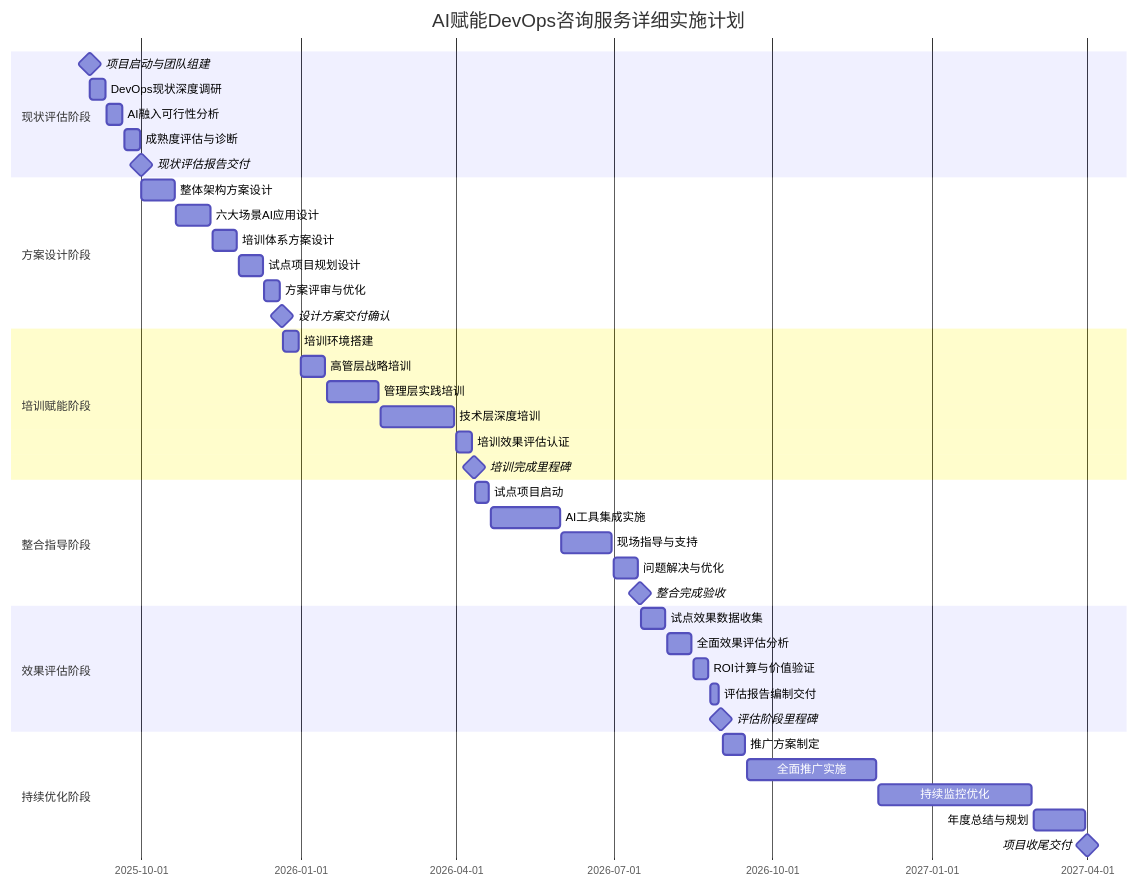
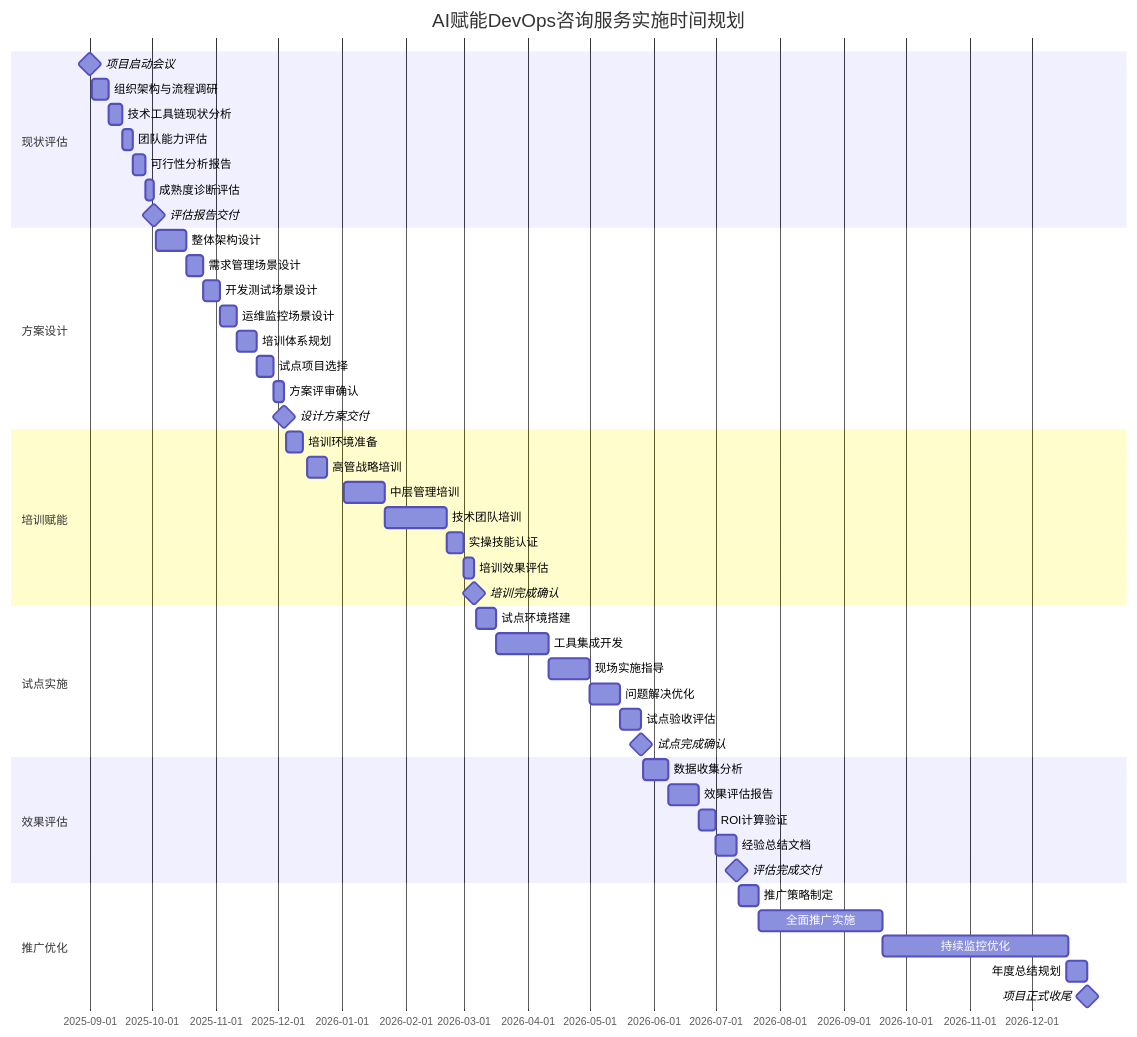
Before and after one commit to chuanminglu/aiworkdocs: the second of 3 diagrams in 广州集装箱/AI赋能企业DevOps流程数字化转型解决方案.md, drawn with Mermaid. The commit also changed other lines of this file, not shown here.

First line of the commit message:
美化甘特图：优化时间规划展示效果

````diff
--- a/广州集装箱/AI赋能企业DevOps流程数字化转型解决方案.md
+++ b/广州集装箱/AI赋能企业DevOps流程数字化转型解决方案.md
@@ -619,48 +619,55 @@
 ```mermaid
 gantt
-    title AI赋能DevOps咨询服务详细实施计划
+    title AI赋能DevOps咨询服务实施时间规划
     dateFormat  YYYY-MM-DD
-    section 现状评估阶段
-    项目启动与团队组建     :milestone, m1, 2025-09-01, 0d
-    DevOps现状深度调研     :a1, 2025-09-01, 2025-09-10
-    AI融入可行性分析      :a2, 2025-09-11, 2025-09-20
-    成熟度评估与诊断      :a3, 2025-09-21, 2025-09-30
-    现状评估报告交付      :milestone, m1-end, 2025-10-01, 0d
+    
+    section 现状评估
+    项目启动会议           :milestone, kickoff, 2025-09-01, 0d
+    组织架构与流程调研     :research1, 2025-09-02, 8d
+    技术工具链现状分析     :research2, 2025-09-10, 7d
+    团队能力评估          :research3, 2025-09-17, 5d
+    可行性分析报告        :analysis1, 2025-09-22, 6d
+    成熟度诊断评估        :maturity, 2025-09-28, 4d
+    评估报告交付          :milestone, eval-done, 2025-10-02, 0d
   
-    section 方案设计阶段
-    整体架构方案设计      :b1, 2025-10-01, 2025-10-20
-    六大场景AI应用设计    :b2, 2025-10-21, 2025-11-10
-    培训体系方案设计      :b3, 2025-11-11, 2025-11-25
-    试点项目规划设计      :b4, 2025-11-26, 2025-12-10
-    方案评审与优化        :b5, 2025-12-11, 2025-12-20
-    设计方案交付确认      :milestone, m2-end, 2025-12-21, 0d
+    section 方案设计
+    整体架构设计          :design1, 2025-10-03, 15d
+    需求管理场景设计      :design2, 2025-10-18, 8d
+    开发测试场景设计      :design3, 2025-10-26, 8d
+    运维监控场景设计      :design4, 2025-11-03, 8d
+    培训体系规划          :training-plan, 2025-11-11, 10d
+    试点项目选择          :pilot-select, 2025-11-21, 8d
+    方案评审确认          :design-review, 2025-11-29, 5d
+    设计方案交付          :milestone, design-done, 2025-12-04, 0d
   
-    section 培训赋能阶段
-    培训环境搭建         :c1, 2025-12-22, 2025-12-31
-    高管层战略培训       :c2, 2026-01-01, 2026-01-15
-    管理层实践培训       :c3, 2026-01-16, 2026-02-15
-    技术层深度培训       :c4, 2026-02-16, 2026-03-31
-    培训效果评估认证     :c5, 2026-04-01, 2026-04-10
-    培训完成里程碑       :milestone, m3-end, 2026-04-11, 0d
+    section 培训赋能
+    培训环境准备          :train-prep, 2025-12-05, 8d
+    高管战略培训          :exec-train, 2025-12-15, 10d
+    中层管理培训          :mgmt-train, 2026-01-02, 20d
+    技术团队培训          :tech-train, 2026-01-22, 30d
+    实操技能认证          :certification, 2026-02-21, 8d
+    培训效果评估          :train-eval, 2026-03-01, 5d
+    培训完成确认          :milestone, train-done, 2026-03-06, 0d
   
-    section 整合指导阶段
-    试点项目启动        :d1, 2026-04-12, 2026-04-20
-    AI工具集成实施      :d2, 2026-04-21, 2026-05-31
-    现场指导与支持      :d3, 2026-06-01, 2026-06-30
-    问题解决与优化      :d4, 2026-07-01, 2026-07-15
-    整合完成验收        :milestone, m4-end, 2026-07-16, 0d
+    section 试点实施
+    试点环境搭建          :pilot-env, 2026-03-07, 10d
+    工具集成开发          :integration, 2026-03-17, 25d
+    现场实施指导          :onsite-guide, 2026-04-11, 20d
+    问题解决优化          :troubleshoot, 2026-05-01, 15d
+    试点验收评估          :pilot-review, 2026-05-16, 10d
+    试点完成确认          :milestone, pilot-done, 2026-05-26, 0d
   
-    section 效果评估阶段
-    试点效果数据收集    :e1, 2026-07-17, 2026-07-31
-    全面效果评估分析    :e2, 2026-08-01, 2026-08-15
-    ROI计算与价值验证   :e3, 2026-08-16, 2026-08-25
-    评估报告编制交付    :e4, 2026-08-26, 2026-08-31
-    评估阶段里程碑      :milestone, m5-end, 2026-09-01, 0d
+    section 效果评估
+    数据收集分析          :data-collect, 2026-05-27, 12d
+    效果评估报告          :effect-eval, 2026-06-08, 15d
+    ROI计算验证          :roi-calc, 2026-06-23, 8d
+    经验总结文档          :lessons, 2026-07-01, 10d
+    评估完成交付          :milestone, eval-complete, 2026-07-11, 0d
   
-    section 持续优化阶段
-    推广方案制定        :f1, 2026-09-02, 2026-09-15
-    全面推广实施        :f2, 2026-09-16, 2026-11-30
-    持续监控优化        :f3, 2026-12-01, 2027-02-28
-    年度总结与规划      :f4, 2027-03-01, 2027-03-31
-    项目收尾交付        :milestone, project-end, 2027-04-01, 0d
+    section 推广优化
+    推广策略制定          :rollout-plan, 2026-07-12, 10d
+    全面推广实施          :rollout-exec, 2026-07-22, 60d
+    持续监控优化          :continuous, 2026-09-20, 90d
+    年度总结规划          :annual-review, 2026-12-18, 10d
+    项目正式收尾          :milestone, project-end, 2026-12-28, 0d
 ```
````
